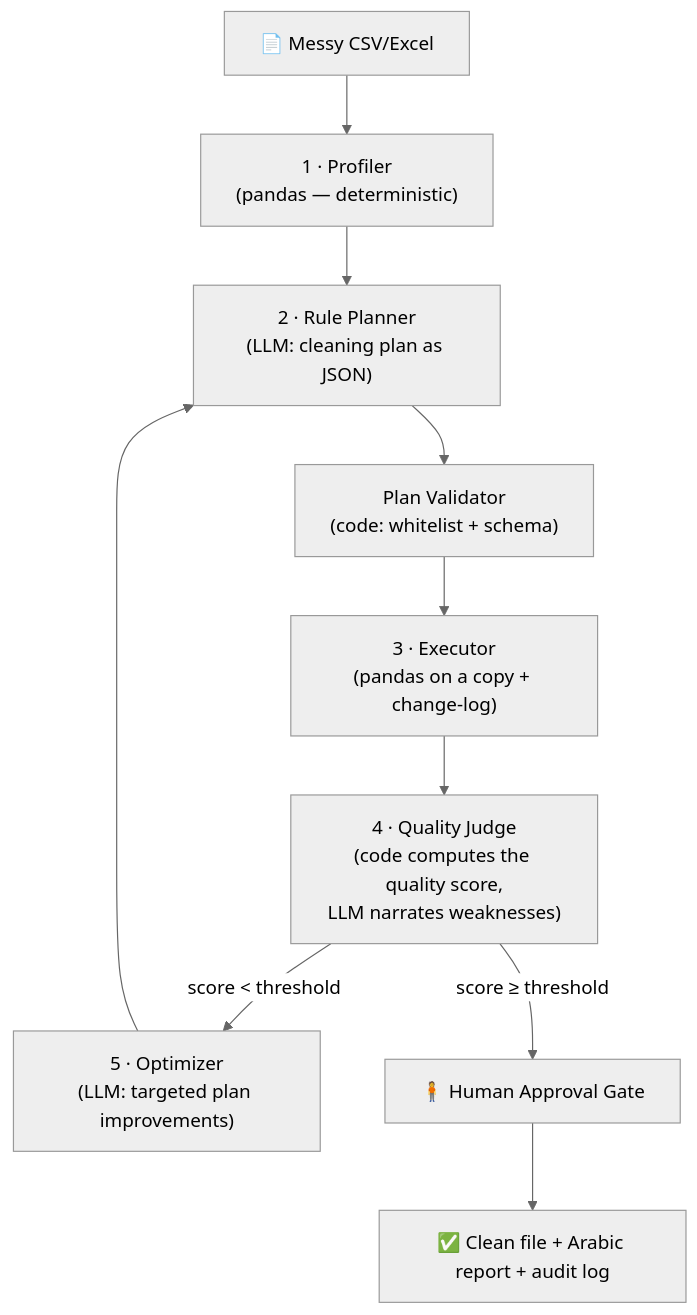
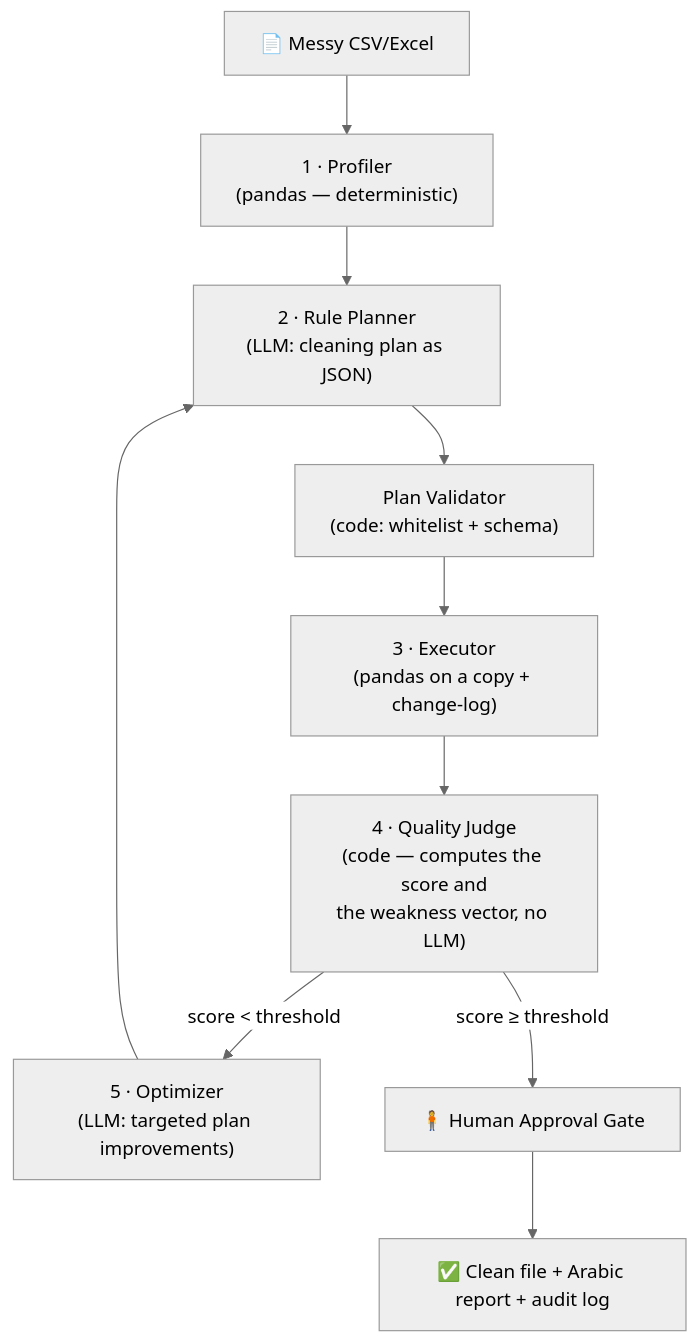
Before and after one commit to RanemA1mutiri/data-quality-auto-fixer: the diagram in README.md, drawn with Mermaid (neutral theme). The commit also changed other lines of this file and 2 other files, not shown here.

````diff
--- a/README.md
+++ b/README.md
@@ -58,12 +58,12 @@
 ```mermaid
 flowchart TD
     A[📄 Messy CSV/Excel] --> B["1 · Profiler<br/>(pandas — deterministic)"]
     B --> D["2 · Rule Planner<br/>(LLM: cleaning plan as JSON)"]
     D --> V["Plan Validator<br/>(code: whitelist + schema)"]
     V --> E["3 · Executor<br/>(pandas on a copy + change-log)"]
-    E --> F["4 · Quality Judge<br/>(code computes the quality score,<br/>LLM narrates weaknesses)"]
+    E --> F["4 · Quality Judge<br/>(code — computes the score and<br/>the weakness vector, no LLM)"]
     F -->|score < threshold| G["5 · Optimizer<br/>(LLM: targeted plan improvements)"]
     G --> D
     F -->|score ≥ threshold| H["🧍 Human Approval Gate"]
     H --> I[✅ Clean file + Arabic report + audit log]
 ```
````
